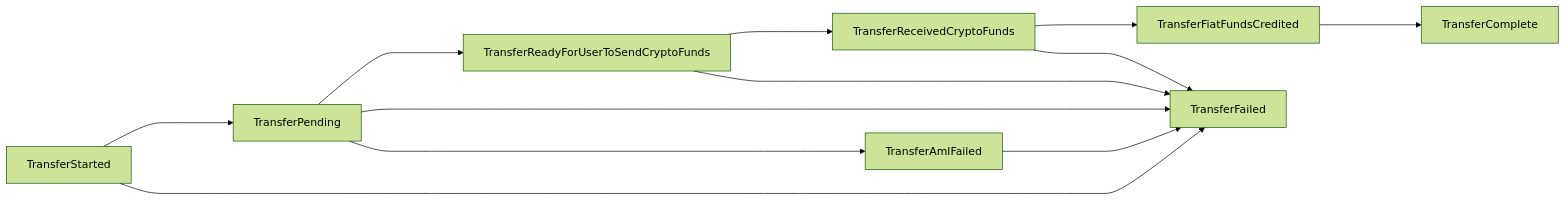
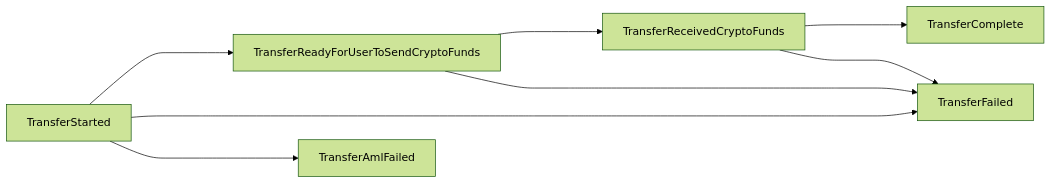
The second of 2 diagrams in fiatconnect-api.md (fiatconnect/specification), drawn with Mermaid (forest theme) before and after one commit. The commit also changed other lines of this file, not shown here.

````diff
--- a/fiatconnect-api.md
+++ b/fiatconnect-api.md
@@ -1764,15 +1761,11 @@
 ```mermaid
 graph LR
-   TransferStarted---->TransferPending
-   TransferPending---->TransferReadyForUserToSendCryptoFunds
+   TransferStarted---->TransferReadyForUserToSendCryptoFunds
    TransferReadyForUserToSendCryptoFunds---->TransferReceivedCryptoFunds
-   TransferReceivedCryptoFunds---->TransferFiatFundsCredited
-   TransferFiatFundsCredited---->TransferComplete
+   TransferReceivedCryptoFunds---->TransferComplete
 
    TransferStarted---->TransferFailed
-   TransferPending---->TransferFailed
-   TransferPending---->TransferAmlFailed
-   TransferAmlFailed---->TransferFailed
+   TransferStarted---->TransferAmlFailed
    TransferReadyForUserToSendCryptoFunds---->TransferFailed
    TransferReceivedCryptoFunds---->TransferFailed
 ```
````
